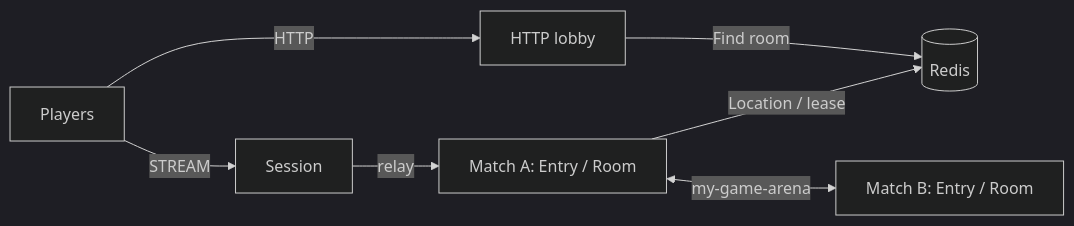
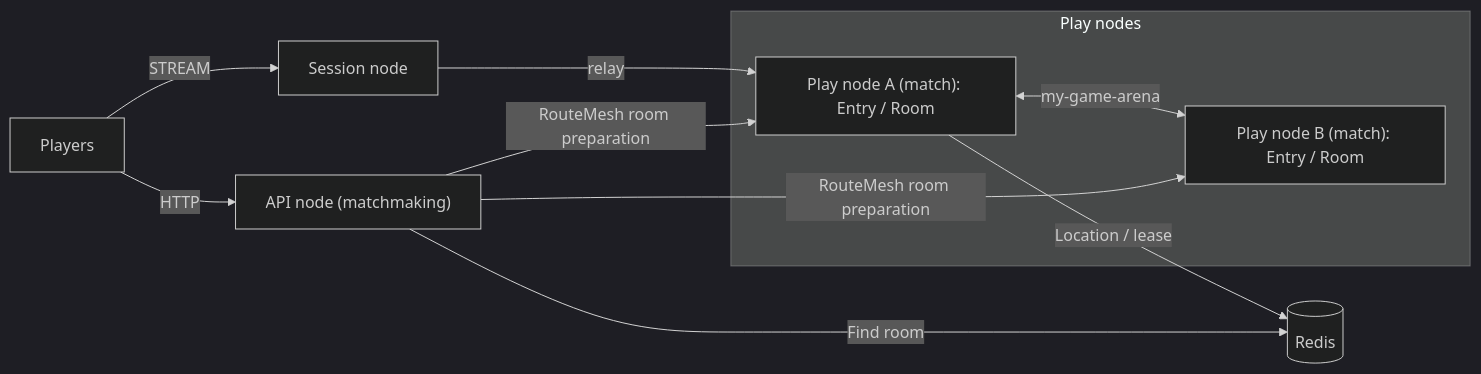
One commit to zlink-systems/zlink changed the diagram in framework/languages/node/templates/match-http-lobby/my-game/README.md. Above: the diagram before and after it, drawn with Mermaid (dark theme). The commit also changed other lines of this file and 223 other files, not shown here.

First line of the commit message:
docs(templates): 모든 템플릿의 노드 이름을 Session node · Play node · API node로 (#5350)

````diff
--- a/framework/languages/node/templates/match-http-lobby/my-game/README.md
+++ b/framework/languages/node/templates/match-http-lobby/my-game/README.md
@@ -5,9 +5,15 @@
 ```mermaid
 flowchart LR
-  players[Players] -->|HTTP| lobby[HTTP lobby]
-  players -->|STREAM| session[Session]
-  session -->|relay| matchA[Match A: Entry / Room]
-  matchA <-->|my-game-arena| matchB[Match B: Entry / Room]
+  subgraph playNodes["Play nodes"]
+    matchA["Play node A (match): Entry / Room"]
+    matchB["Play node B (match): Entry / Room"]
+  end
+  players[Players] -->|STREAM| session["Session node"]
+  session -->|relay| matchA
+  matchA <-->|my-game-arena| matchB
   lobby -->|Find room| location[(Redis)]
   matchA -->|Location / lease| location
+  players -->|HTTP| lobby["API node (matchmaking)"]
+  lobby -->|RouteMesh room preparation| matchA
+  lobby -->|RouteMesh room preparation| matchB
 ```
````
